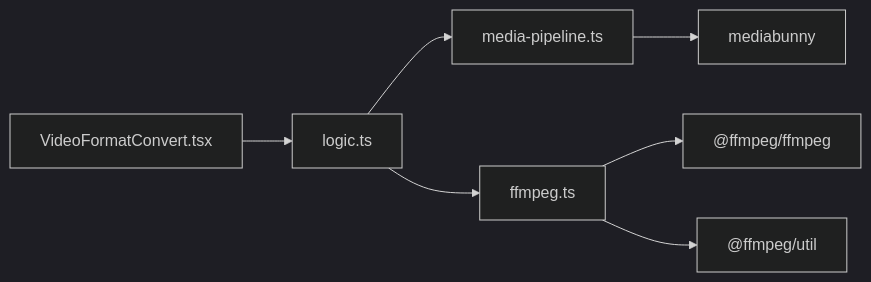
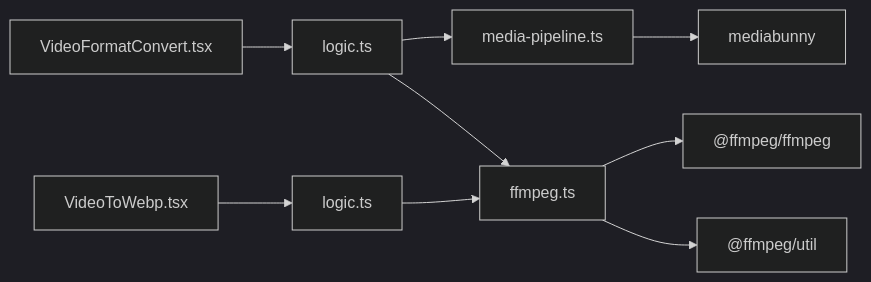
Before and after one commit to sgyy/privadeck: the eighth of 8 diagrams in .qoder/repowiki/zh/content/视频工具/视频格式转换工具.md, drawn with Mermaid (dark theme). The commit also changed other lines of this file and 5 other files, not shown here.

````diff
--- a/.qoder/repowiki/zh/content/视频工具/视频格式转换工具.md
+++ b/.qoder/repowiki/zh/content/视频工具/视频格式转换工具.md
@@ -247,9 +312,11 @@
 ```mermaid
 graph LR
 VFC["VideoFormatConvert.tsx"] --> LOGIC["logic.ts"]
+VTW["VideoToWebp.tsx"] --> WEBP_LOGIC["logic.ts"]
 LOGIC --> PIPE["media-pipeline.ts"]
 LOGIC --> FFMPEG["ffmpeg.ts"]
+WEBP_LOGIC --> FFMPEG
 PIPE --> MED["mediabunny"]
 FFMPEG --> FFW["@ffmpeg/ffmpeg"]
 FFMPEG --> UTIL["@ffmpeg/util"]
 ```
````
